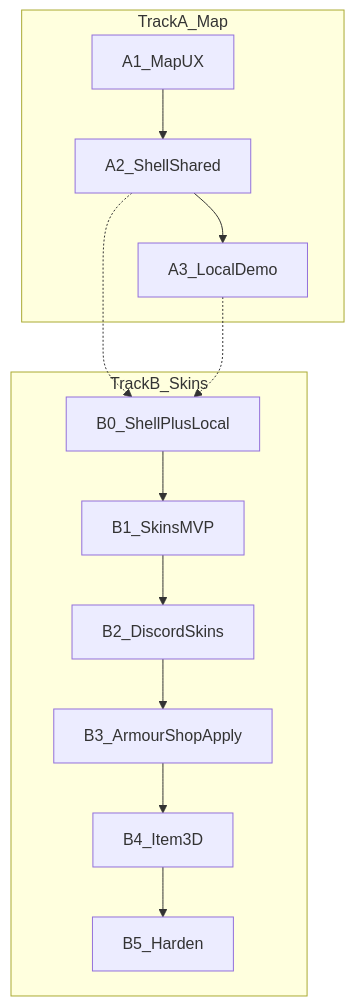
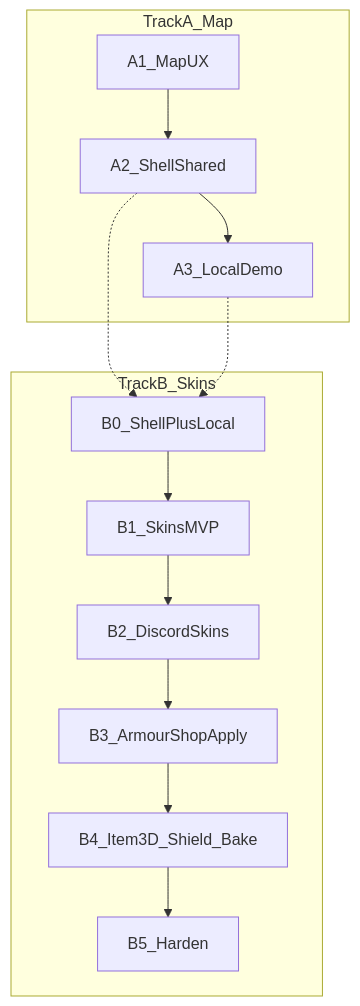
One commit to Drefvelin/ProvinceSystem changed the diagram in Planning/03-roadmap.md. Above: the diagram before and after it, drawn with Mermaid. The commit also changed other lines of this file and 39 other files, not shown here.

````diff
--- a/Planning/03-roadmap.md
+++ b/Planning/03-roadmap.md
@@ -7,25 +7,25 @@
 ```mermaid
 flowchart TD
   subgraph trackA [TrackA_Map]
     A1[A1_MapUX]
     A2[A2_ShellShared]
     A3[A3_LocalDemo]
     A1 --> A2
     A2 --> A3
   end
   subgraph trackB [TrackB_Skins]
     B0[B0_ShellPlusLocal]
     B1[B1_SkinsMVP]
     B2[B2_DiscordSkins]
     B3[B3_ArmourShopApply]
-    B4[B4_Item3D]
+    B4[B4_Item3D_Shield_Bake]
     B5[B5_Harden]
     B0 --> B1
     B1 --> B2
     B2 --> B3
     B3 --> B4
     B4 --> B5
   end
   A2 -.-> B0
   A3 -.-> B0
 ```
````
